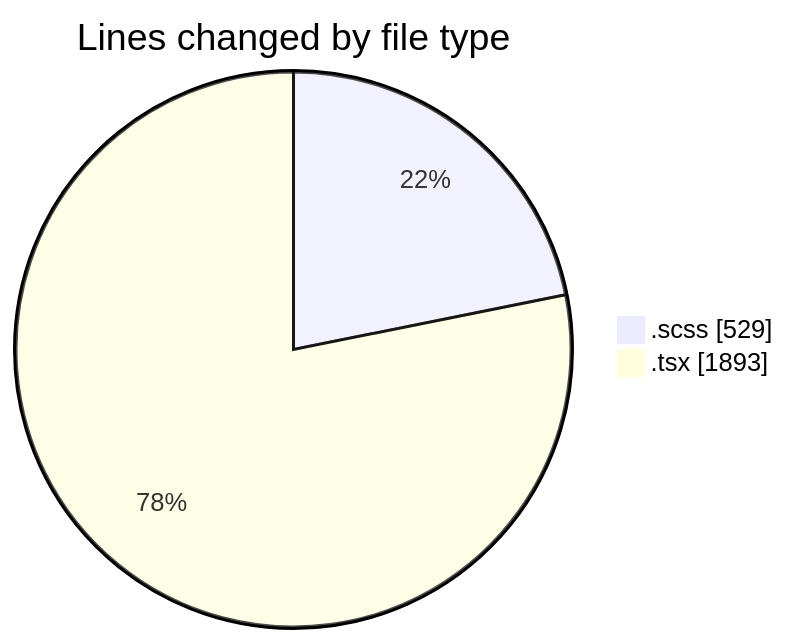
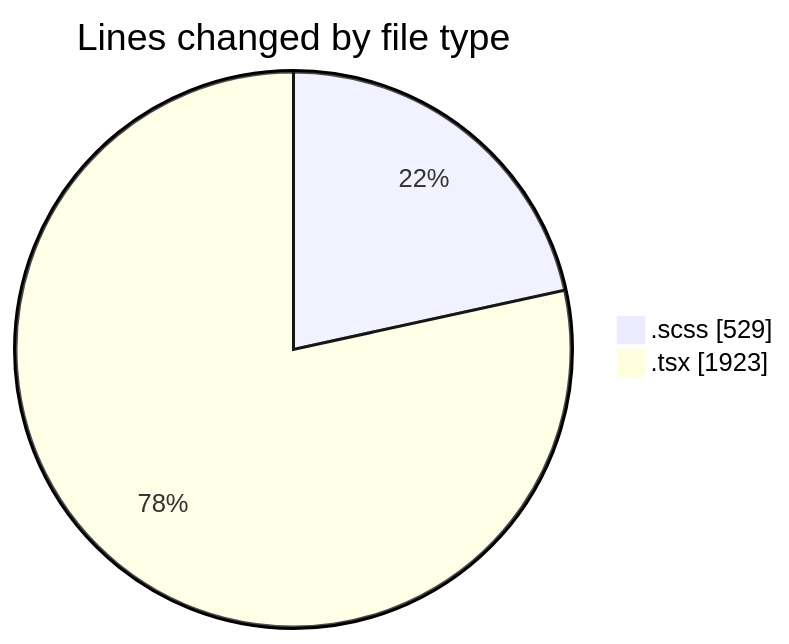
The first of 2 diagrams in 2025-08-28/cda/README.md (momahboobian/code-tracking), drawn with Mermaid before and after one commit. The commit also changed other lines of this file and 1 other file, not shown here.

````diff
--- a/2025-08-28/cda/README.md
+++ b/2025-08-28/cda/README.md
@@ -27,6 +27,6 @@
 ```mermaid
 pie showData
 title Lines changed by file type
 ".scss" : 529
-".tsx" : 1893
+".tsx" : 1923
 ```
````
